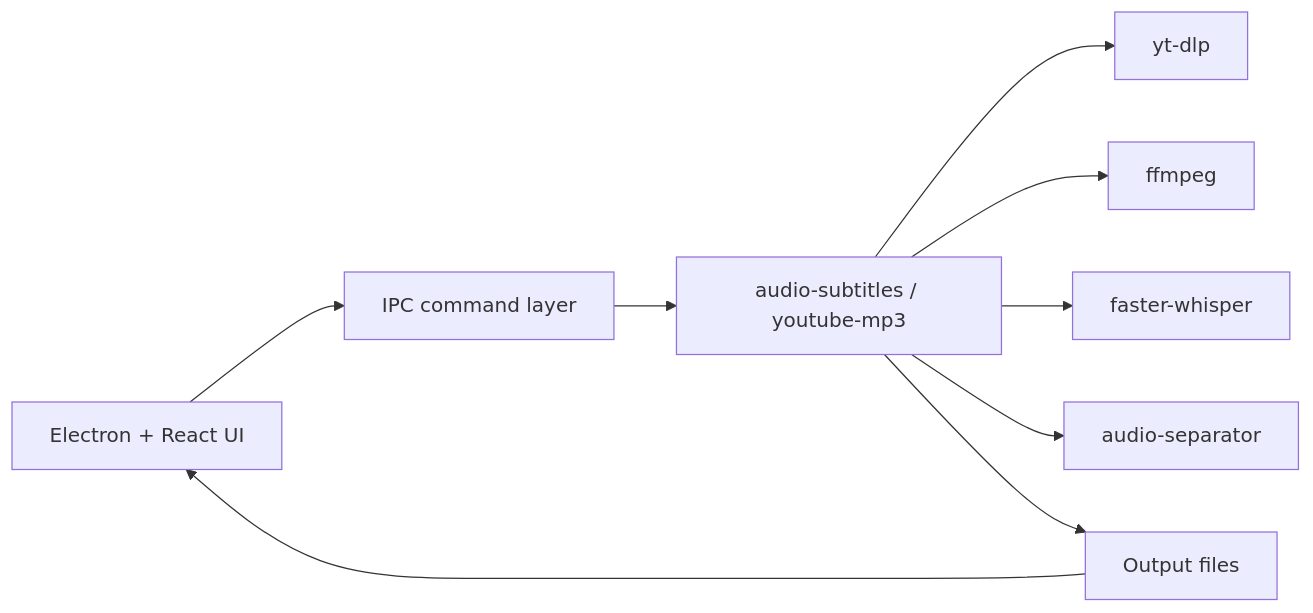
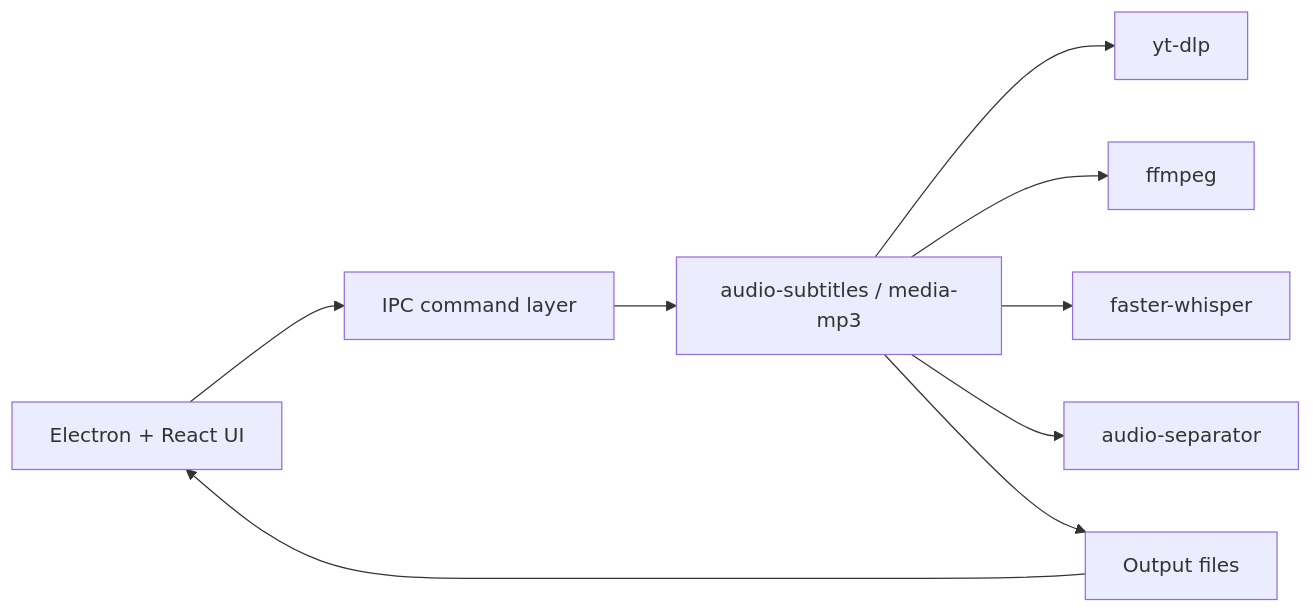
One commit to gottaegbert/audio-workflow-skills changed the second of 2 diagrams in docs/desktop-app-prd.md. Above: the diagram before and after it, drawn with Mermaid. The commit also changed other lines of this file and 19 other files, not shown here.

````diff
--- a/docs/desktop-app-prd.md
+++ b/docs/desktop-app-prd.md
@@ -145,11 +146,11 @@
 ```mermaid
 flowchart LR
   UI["Electron + React UI"] --> IPC["IPC command layer"]
-  IPC --> CLI["audio-subtitles / youtube-mp3"]
+  IPC --> CLI["audio-subtitles / media-mp3"]
   CLI --> YTDLP["yt-dlp"]
   CLI --> FFMPEG["ffmpeg"]
   CLI --> WHISPER["faster-whisper"]
   CLI --> SEP["audio-separator"]
   CLI --> FS["Output files"]
   FS --> UI
 ```
````
